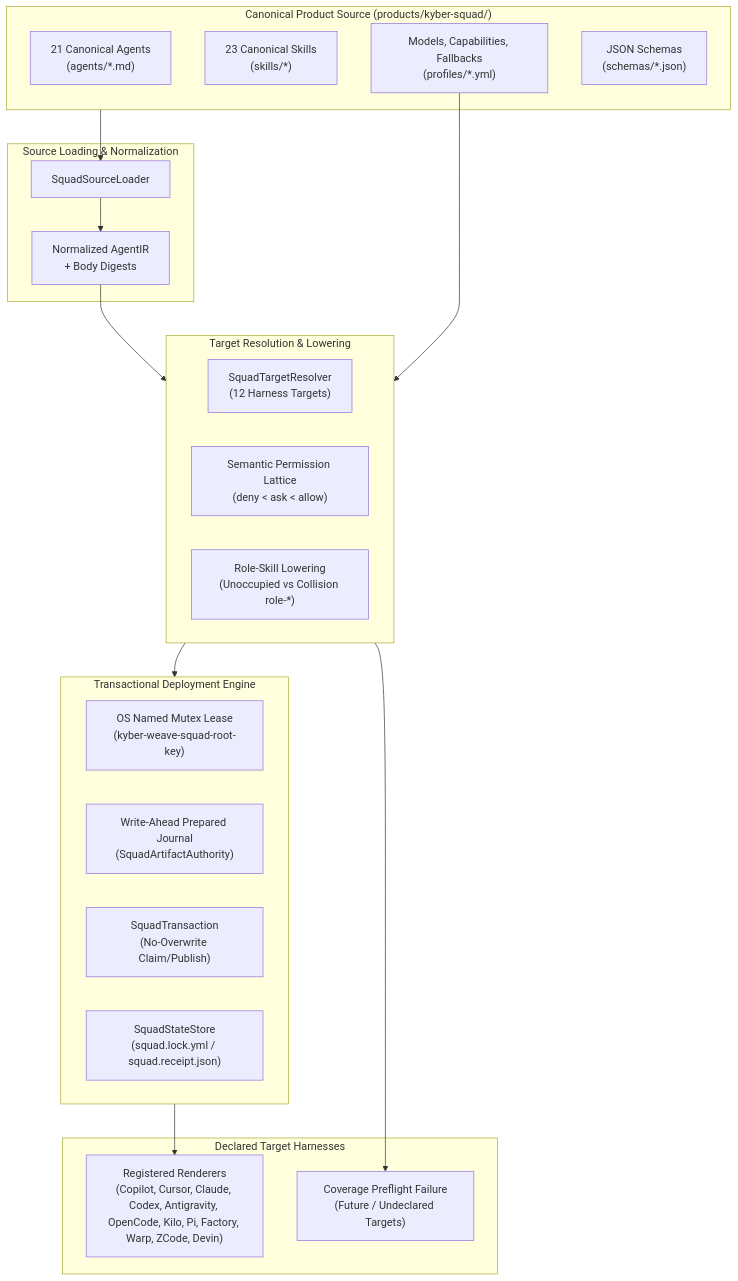
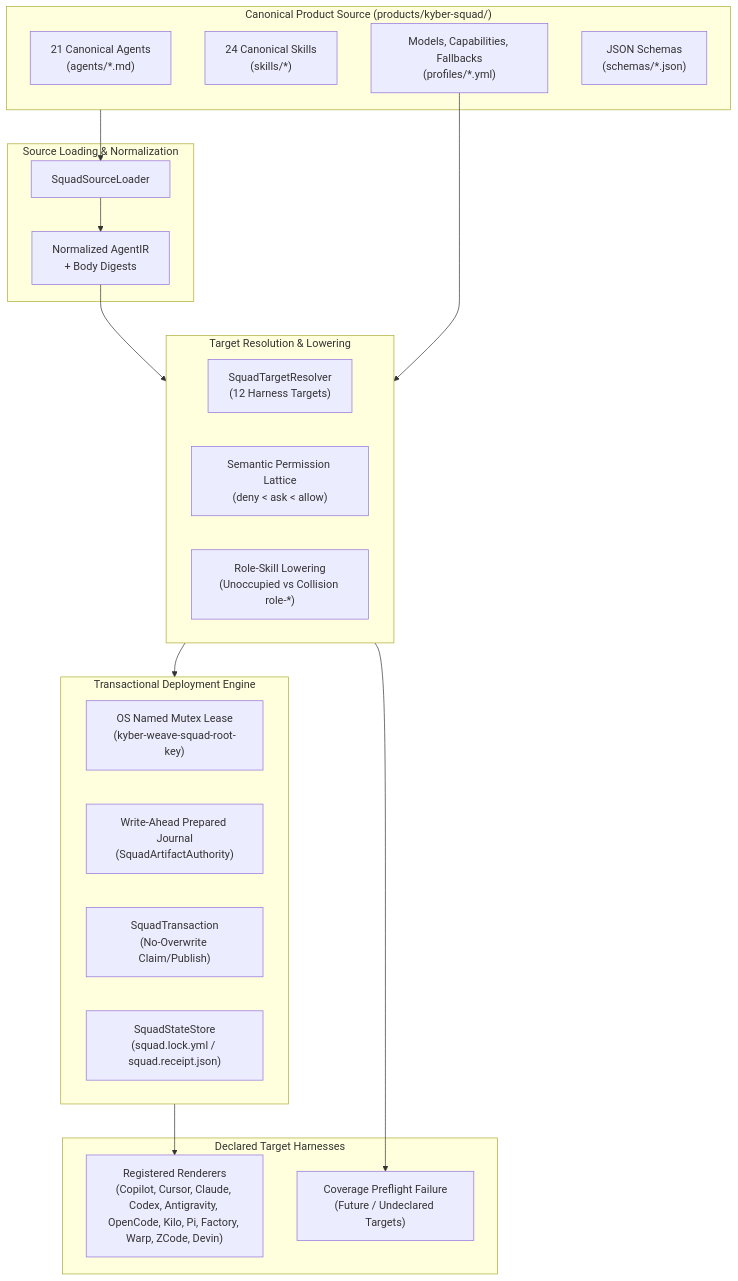
The first of 4 diagrams in docs/kyber-squad/architecture.md (dpalfery/kyber-weave), drawn with Mermaid before and after one commit. The commit also changed other lines of this file and 16 other files, not shown here.

````diff
--- a/docs/kyber-squad/architecture.md
+++ b/docs/kyber-squad/architecture.md
@@ -52,40 +52,40 @@
 ```mermaid
 flowchart TD
     subgraph CanonicalSource["Canonical Product Source (products/kyber-squad/)"]
         Agents["21 Canonical Agents\n(agents/*.md)"]
-        Skills["23 Canonical Skills\n(skills/*)"]
+        Skills["24 Canonical Skills\n(skills/*)"]
         Profiles["Models, Capabilities, Fallbacks\n(profiles/*.yml)"]
         Schemas["JSON Schemas\n(schemas/*.json)"]
     end
 
     subgraph Loader["Source Loading & Normalization"]
         SquadSourceLoader["SquadSourceLoader"]
         AgentIR["Normalized AgentIR\n+ Body Digests"]
     end
 
     subgraph Compiler["Target Resolution & Lowering"]
         SquadTargetResolver["SquadTargetResolver\n(12 Harness Targets)"]
         Lattice["Semantic Permission Lattice\n(deny < ask < allow)"]
         Lowering["Role-Skill Lowering\n(Unoccupied vs Collision role-*)"]
     end
 
     subgraph DeploymentEngine["Transactional Deployment Engine"]
         Mutex["OS Named Mutex Lease\n(kyber-weave-squad-root-key)"]
         Journal["Write-Ahead Prepared Journal\n(SquadArtifactAuthority)"]
         Transaction["SquadTransaction\n(No-Overwrite Claim/Publish)"]
         StateStore["SquadStateStore\n(squad.lock.yml / squad.receipt.json)"]
     end
 
     subgraph TargetHarnesses["Declared Target Harnesses"]
         RegisteredTargets["Registered Renderers\n(Copilot, Cursor, Claude, Codex, Antigravity, OpenCode, Kilo, Pi, Factory, Warp, ZCode, Devin)"]
         UnsupportedTargets["Coverage Preflight Failure\n(Future / Undeclared Targets)"]
     end
 
     CanonicalSource --> SquadSourceLoader
     SquadSourceLoader --> AgentIR
     AgentIR --> Compiler
     Profiles --> Compiler
     Compiler --> DeploymentEngine
     DeploymentEngine --> RegisteredTargets
     Compiler --> UnsupportedTargets
 ```
````
